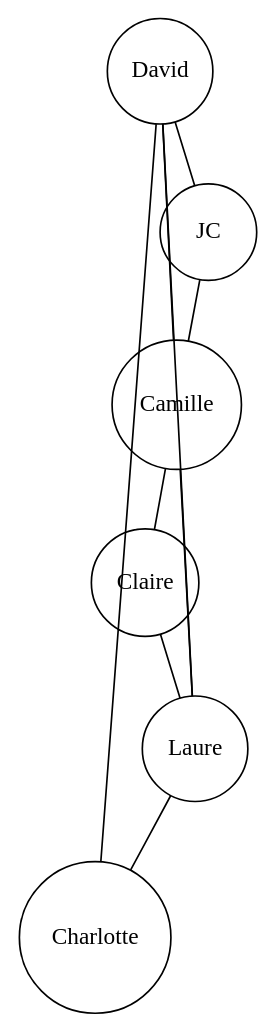
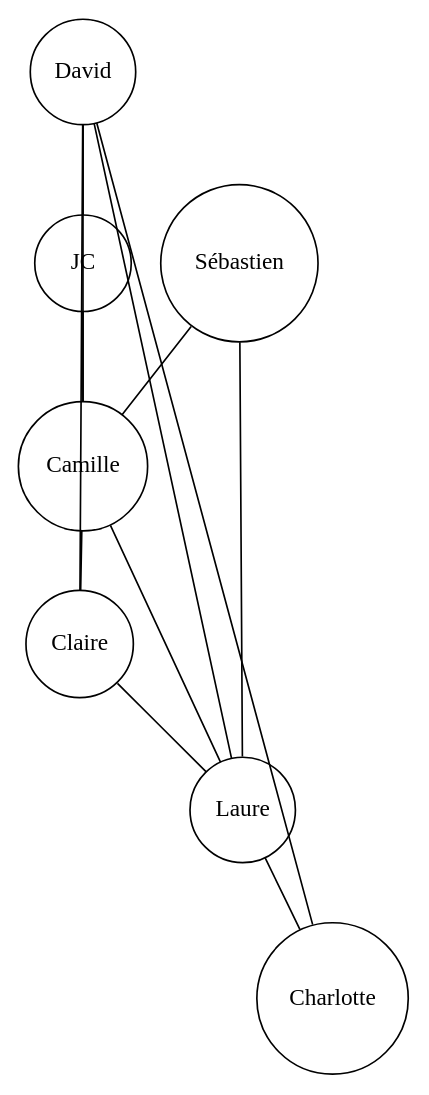
The diagram in graphe.dot (coti/interactions), drawn with Graphviz before and after one commit.

Commit message:
ajout interactions Sébastien, rencotnre David et Claire

```diff
--- a/graphe.dot
+++ b/graphe.dot
@@ -1,16 +1,18 @@
  digraph G {
  node [shape=circle width=.8 ];
  edge [arrowhead=none];
  splines=false;
 
 Claire -> Laure;
 Laure -> Charlotte;
 David -> Laure;
 JC -> Camille;
 Camille -> Laure;
 David -> JC;
 Camille -> David;
 Camille -> Claire;
 David -> Charlotte;
-
+David -> Claire;
+Sébastien -> Laure;
+Sébastien -> Camille;
  }
```
